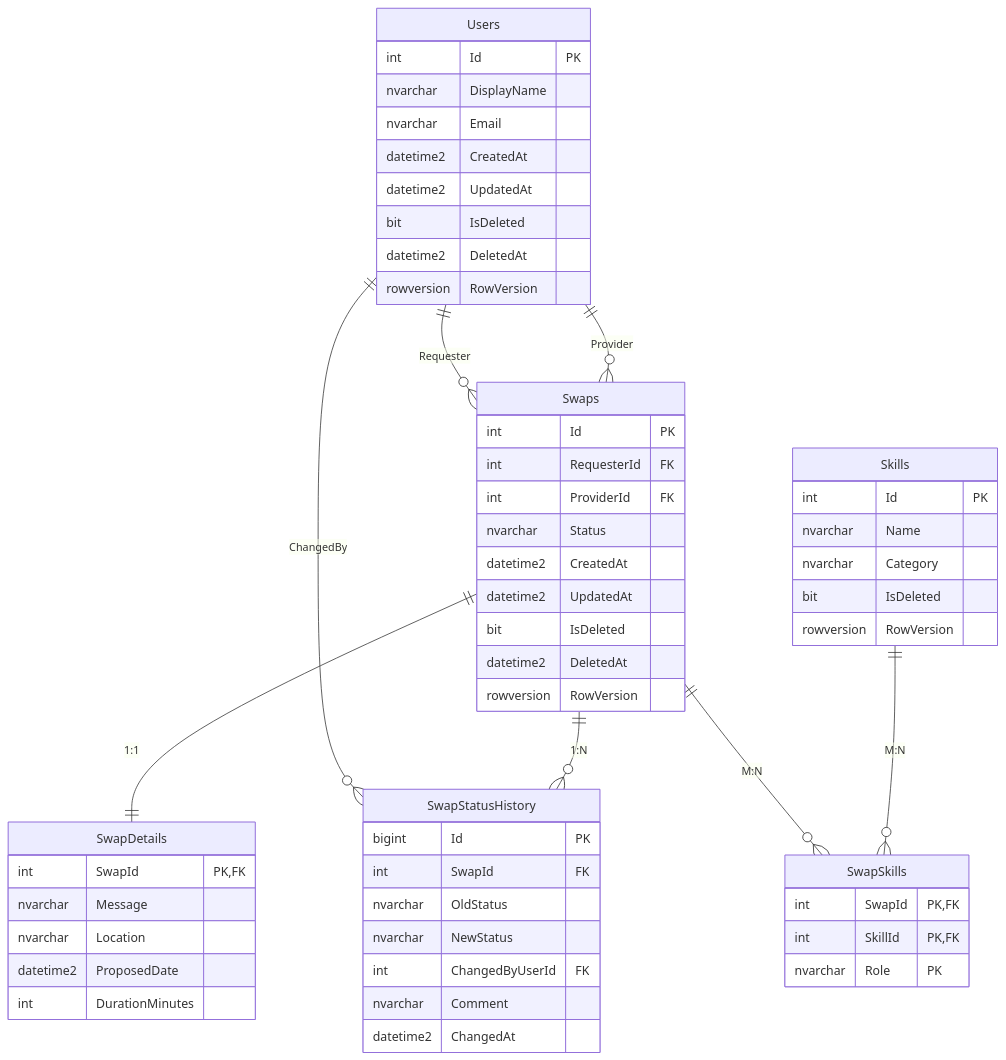
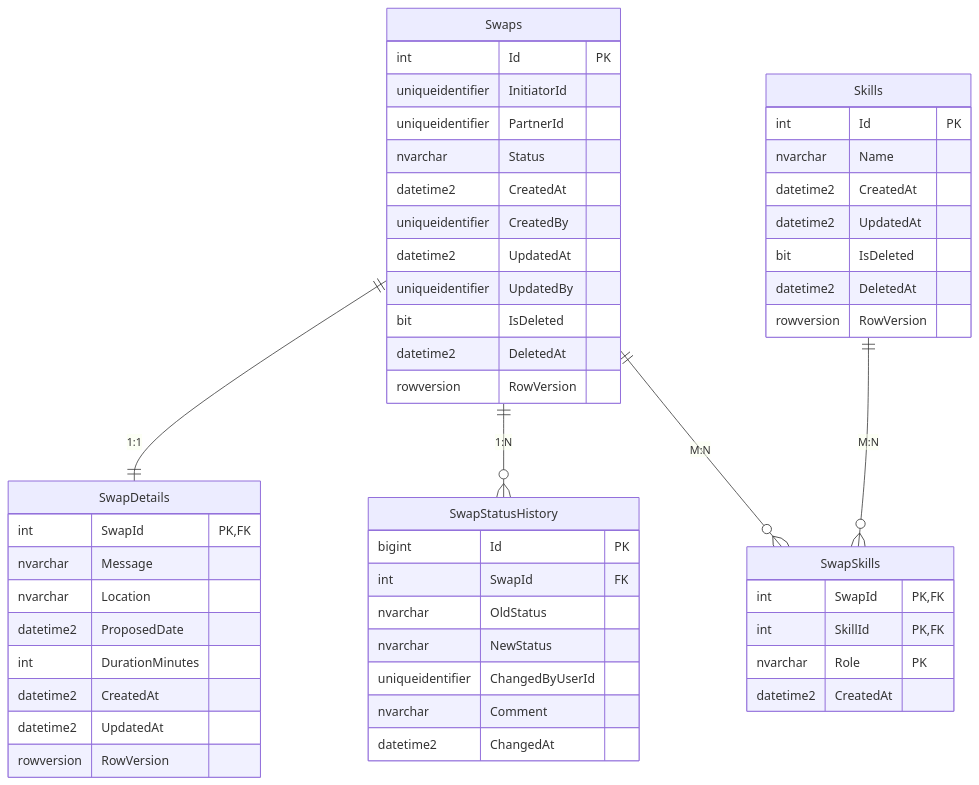
Before and after one commit to VictoriaByhu/QPQ: the first of 3 diagrams in docs/erd-swaps.md, drawn with Mermaid. The commit also changed other lines of this file and 2 other files, not shown here.

Commit message:
docs: add ERD, context descriptions and MongoDB document examples

````diff
--- a/docs/erd-swaps.md
+++ b/docs/erd-swaps.md
@@ -3,60 +7,55 @@
 ```mermaid
 erDiagram
-    Users ||--o{ Swaps : "Requester"
-    Users ||--o{ Swaps : "Provider"
-    Users ||--o{ SwapStatusHistory : "ChangedBy"
     Swaps ||--|| SwapDetails : "1:1"
     Swaps ||--o{ SwapStatusHistory : "1:N"
     Swaps ||--o{ SwapSkills : "M:N"
     Skills ||--o{ SwapSkills : "M:N"
 
-    Users {
+    Skills {
         int Id PK
-        nvarchar DisplayName
-        nvarchar Email
+        nvarchar Name
         datetime2 CreatedAt
         datetime2 UpdatedAt
         bit IsDeleted
         datetime2 DeletedAt
         rowversion RowVersion
     }
-    Skills {
-        int Id PK
-        nvarchar Name
-        nvarchar Category
-        bit IsDeleted
-        rowversion RowVersion
-    }
     Swaps {
         int Id PK
-        int RequesterId FK
-        int ProviderId FK
+        uniqueidentifier InitiatorId
+        uniqueidentifier PartnerId
         nvarchar Status
         datetime2 CreatedAt
+        uniqueidentifier CreatedBy
         datetime2 UpdatedAt
+        uniqueidentifier UpdatedBy
         bit IsDeleted
         datetime2 DeletedAt
         rowversion RowVersion
     }
     SwapDetails {
         int SwapId PK, FK
         nvarchar Message
         nvarchar Location
         datetime2 ProposedDate
         int DurationMinutes
+        datetime2 CreatedAt
+        datetime2 UpdatedAt
+        rowversion RowVersion
     }
     SwapSkills {
         int SwapId PK, FK
         int SkillId PK, FK
         nvarchar Role PK
+        datetime2 CreatedAt
     }
     SwapStatusHistory {
         bigint Id PK
         int SwapId FK
         nvarchar OldStatus
         nvarchar NewStatus
-        int ChangedByUserId FK
+        uniqueidentifier ChangedByUserId
         nvarchar Comment
         datetime2 ChangedAt
     }
 ```
````
